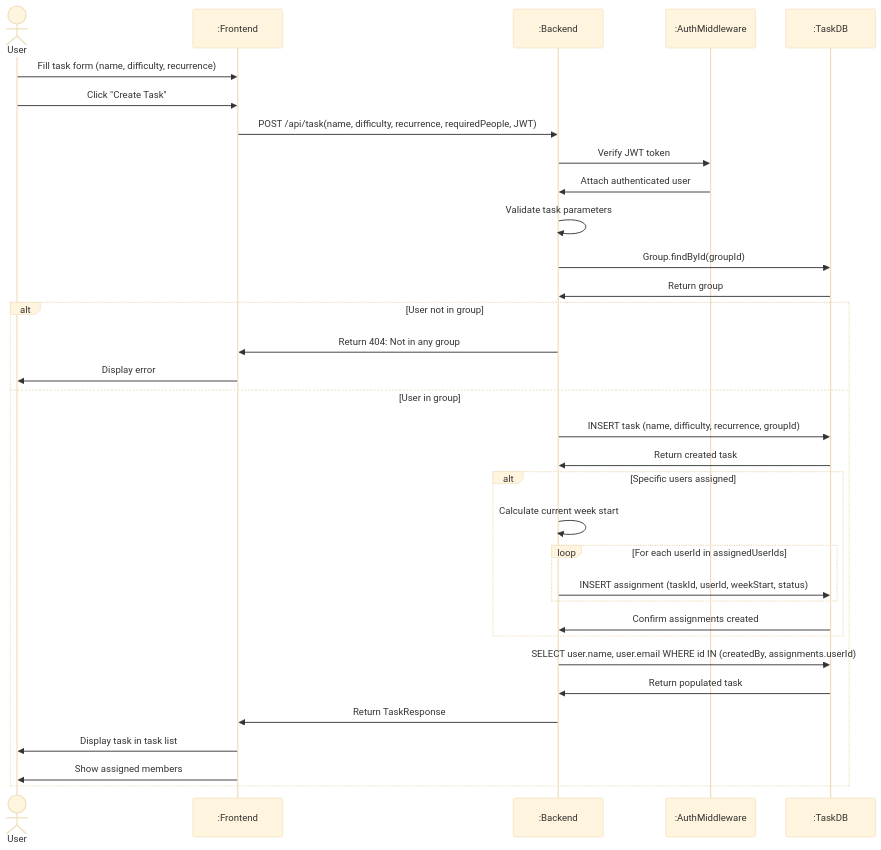
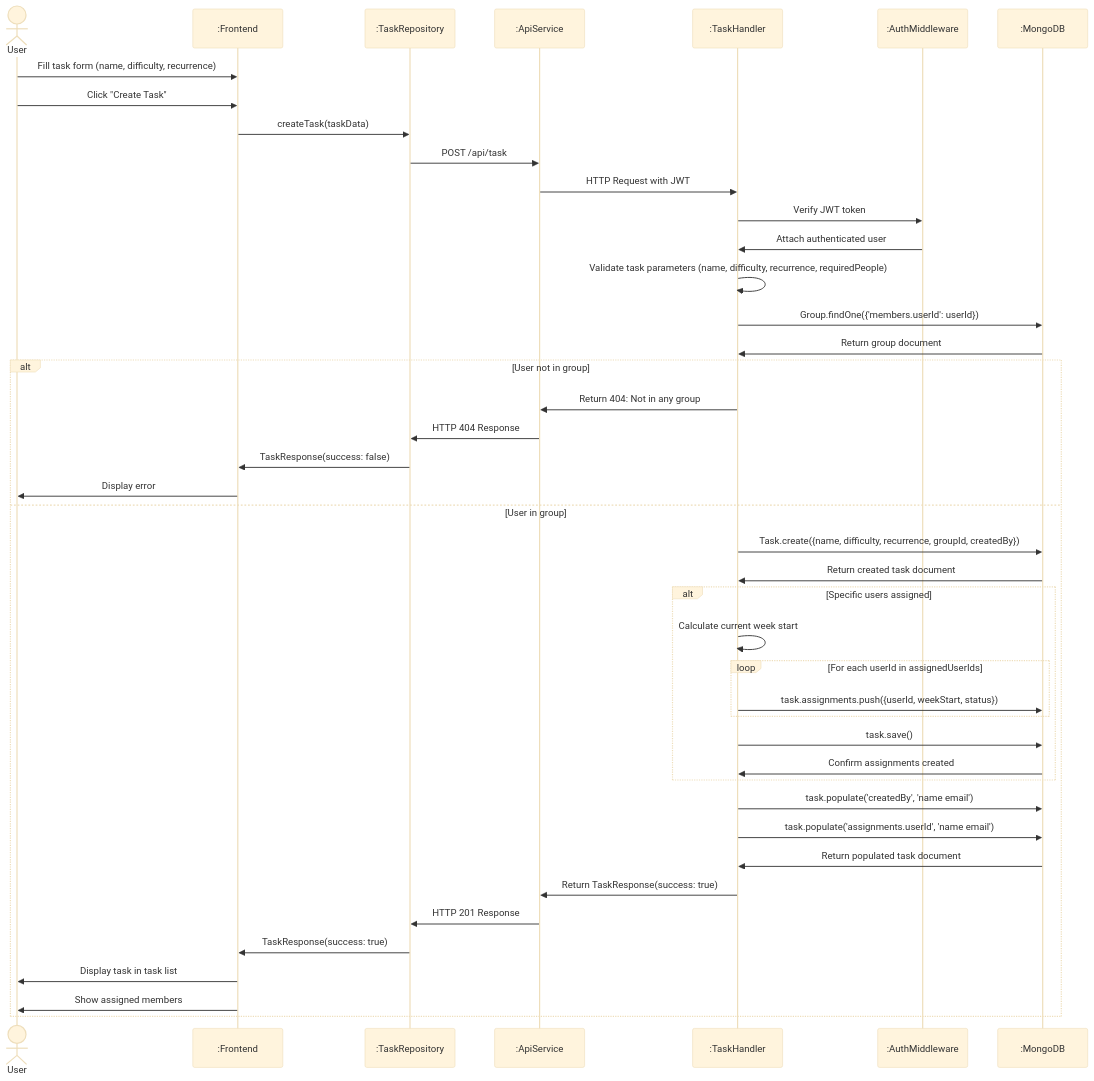
One commit to Lucas-Song-Dev/Cpen321-group-project changed the third of 4 diagrams in documentation/Requirements_and_Design.md. Above: the diagram before and after it, drawn with Mermaid (base theme).

````diff
--- a/documentation/Requirements_and_Design.md
+++ b/documentation/Requirements_and_Design.md
@@ -684,36 +684,46 @@
 ```mermaid
 sequenceDiagram
     actor User
     participant F as :Frontend
-    participant B as :Backend
+    participant TR as :TaskRepository
+    participant AS as :ApiService
+    participant TH as :TaskHandler
     participant M as :AuthMiddleware
-    participant D as :TaskDB
+    participant D as :MongoDB
 
     User->>F: Fill task form (name, difficulty, recurrence)
     User->>F: Click "Create Task"
-    F->>B: POST /api/task(name, difficulty, recurrence, requiredPeople, JWT)
-    B->>M: Verify JWT token
-    M->>B: Attach authenticated user
-    B->>B: Validate task parameters
-    B->>D: Group.findById(groupId)
-    D->>B: Return group
+    F->>TR: createTask(taskData)
+    TR->>AS: POST /api/task
+    AS->>TH: HTTP Request with JWT
+    TH->>M: Verify JWT token
+    M->>TH: Attach authenticated user
+    TH->>TH: Validate task parameters (name, difficulty, recurrence, requiredPeople)
+    TH->>D: Group.findOne({'members.userId': userId})
+    D->>TH: Return group document
     alt User not in group
-        B->>F: Return 404: Not in any group
+        TH->>AS: Return 404: Not in any group
+        AS->>TR: HTTP 404 Response
+        TR->>F: TaskResponse(success: false)
         F->>User: Display error
     else User in group
-        B->>D: INSERT task (name, difficulty, recurrence, groupId)
-        D->>B: Return created task
+        TH->>D: Task.create({name, difficulty, recurrence, groupId, createdBy})
+        D->>TH: Return created task document
         alt Specific users assigned
-            B->>B: Calculate current week start
+            TH->>TH: Calculate current week start
             loop For each userId in assignedUserIds
-                B->>D: INSERT assignment (taskId, userId, weekStart, status)
+                TH->>D: task.assignments.push({userId, weekStart, status})
             end
-            D->>B: Confirm assignments created
+            TH->>D: task.save()
+            D->>TH: Confirm assignments created
         end
-        B->>D: SELECT user.name, user.email WHERE id IN (createdBy, assignments.userId)
-        D->>B: Return populated task
-        B->>F: Return TaskResponse
+        TH->>D: task.populate('createdBy', 'name email')
+        TH->>D: task.populate('assignments.userId', 'name email')
+        D->>TH: Return populated task document
+        TH->>AS: Return TaskResponse(success: true)
+        AS->>TR: HTTP 201 Response
+        TR->>F: TaskResponse(success: true)
         F->>User: Display task in task list
         F->>User: Show assigned members
     end
 ```
````
